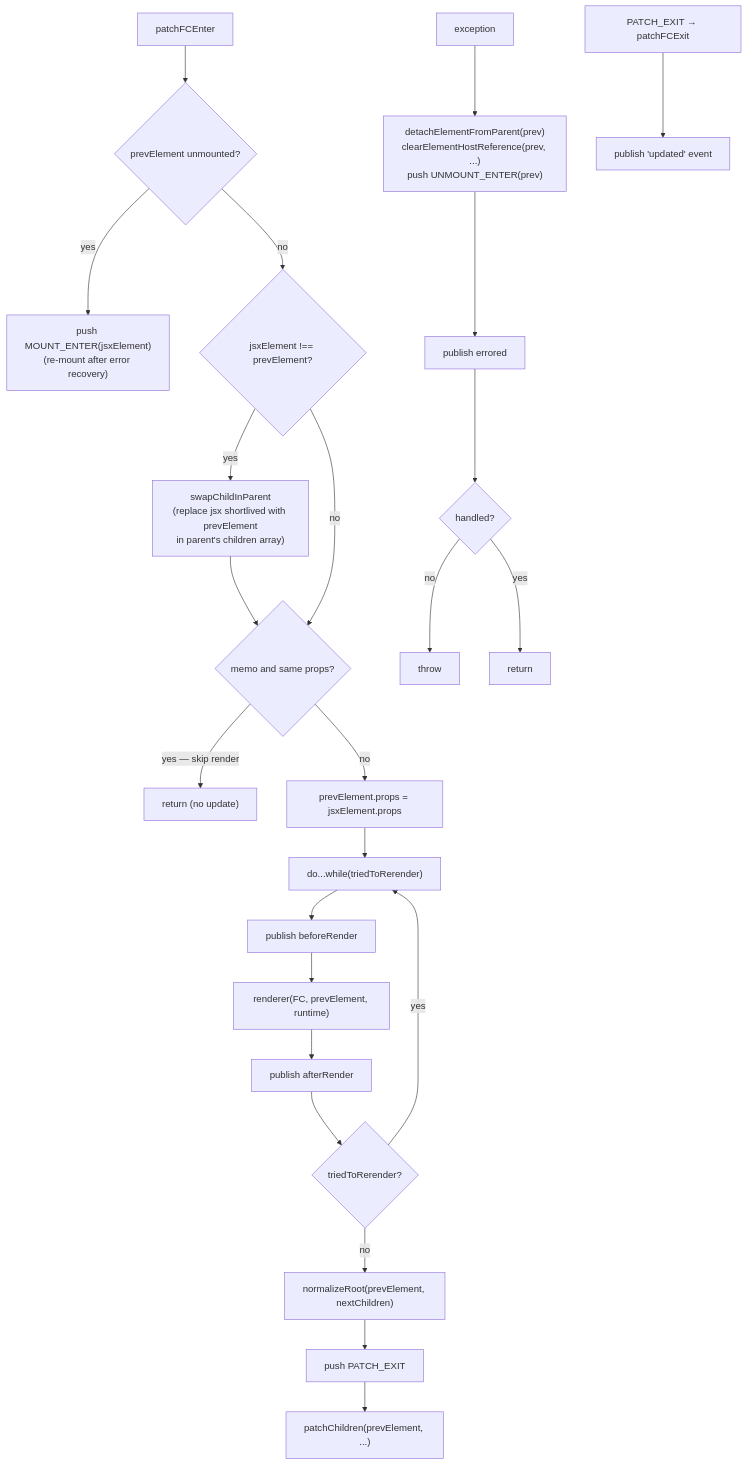
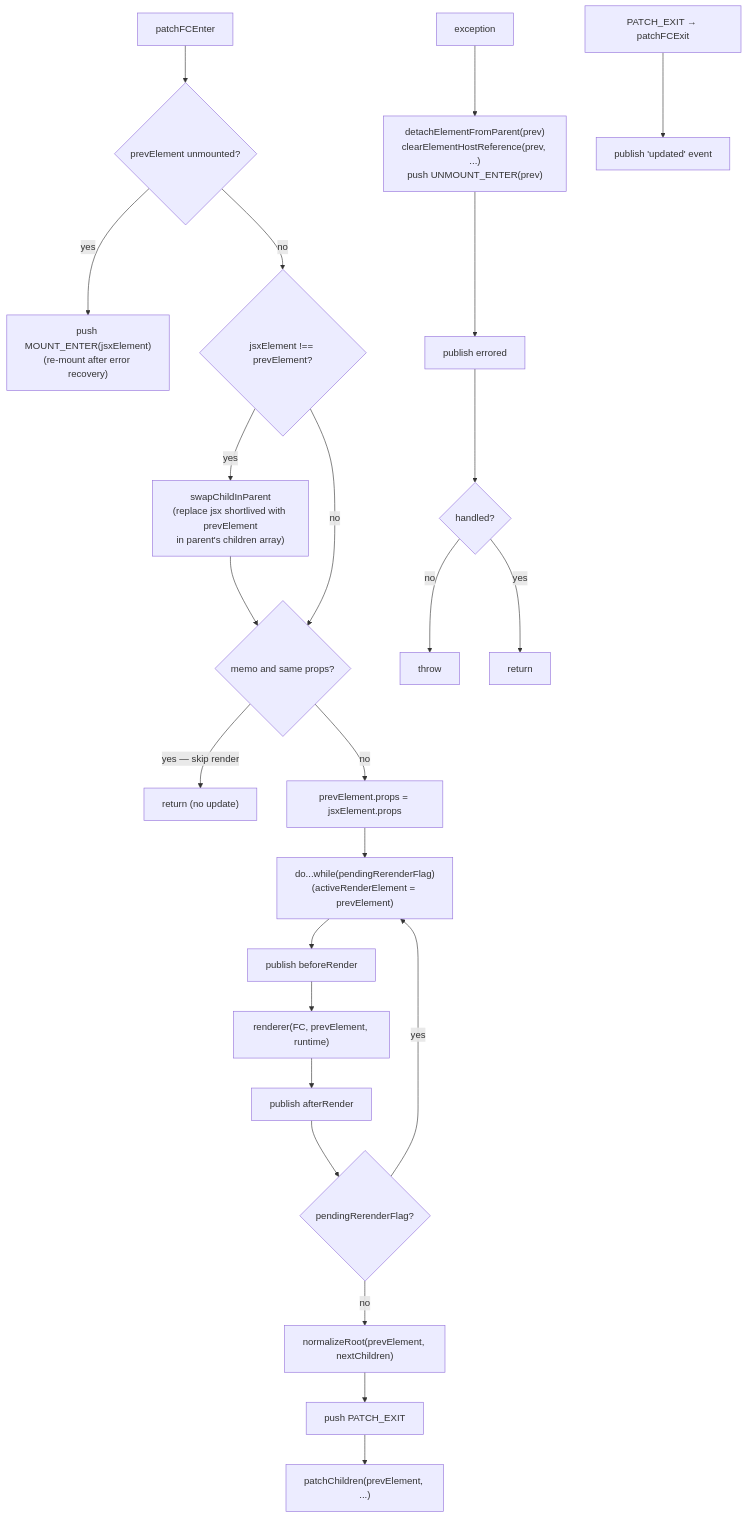
Before and after one commit to dPaskhin/simpreact: the third of 6 diagrams in docs/core/patching.md, drawn with Mermaid. The commit also changed 5 other files, not shown here.

````diff
--- a/docs/core/patching.md
+++ b/docs/core/patching.md
@@ -48,30 +48,30 @@
 ```mermaid
 flowchart TD
     PF["patchFCEnter"] --> UM{prevElement unmounted?}
     UM -->|yes| RMT["push MOUNT_ENTER(jsxElement)\n(re-mount after error recovery)"]
     UM -->|no| SWAP{jsxElement !== prevElement?}
 
     SWAP -->|yes| SWP["swapChildInParent\n(replace jsx shortlived with prevElement\nin parent's children array)"]
     SWP --> MEMO
     SWAP -->|no| MEMO{memo and same props?}
     MEMO -->|yes — skip render| BAIL["return (no update)"]
     MEMO -->|no| UPD["prevElement.props = jsxElement.props"]
 
-    UPD --> LOOP["do...while(triedToRerender)"]
+    UPD --> LOOP["do...while(pendingRerenderFlag)\n(activeRenderElement = prevElement)"]
     LOOP --> BR["publish beforeRender"]
     BR --> REN["renderer(FC, prevElement, runtime)"]
     REN --> AR["publish afterRender"]
-    AR --> TRR{triedToRerender?}
+    AR --> TRR{pendingRerenderFlag?}
     TRR -->|yes| LOOP
     TRR -->|no| NR["normalizeRoot(prevElement, nextChildren)"]
     NR --> PX["push PATCH_EXIT"]
     PX --> PCH["patchChildren(prevElement, ...)"]
 
     ERR["exception"] --> CLR["detachElementFromParent(prev)\nclearElementHostReference(prev, ...)\npush UNMOUNT_ENTER(prev)"]
     CLR --> EPUB["publish errored"]
     EPUB --> HND{handled?}
     HND -->|no| THROW["throw"]
     HND -->|yes| RET["return"]
 
     EX["PATCH_EXIT → patchFCExit"] --> PUB["publish 'updated' event"]
 ```
````
